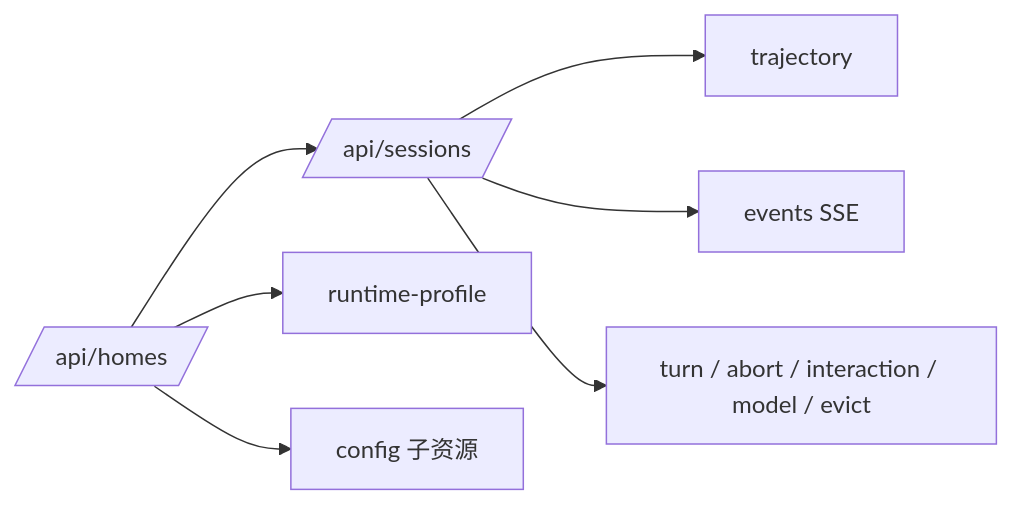
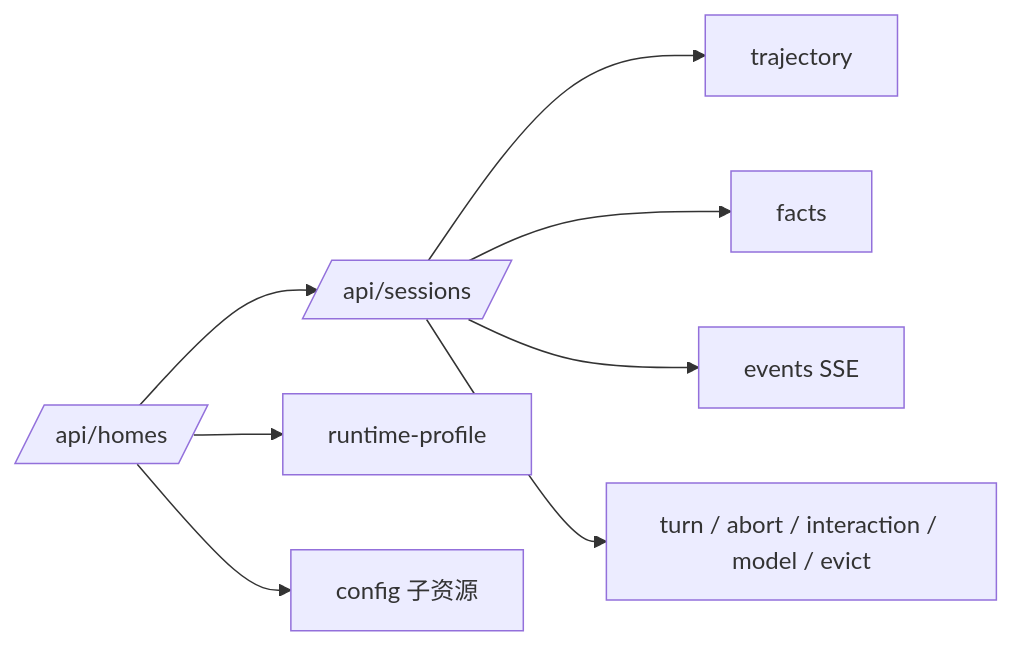
The third of 3 diagrams in docs/design/pi-web/OVERVIEW.md (JhihJian/ursi-flow), drawn with Mermaid before and after one commit. The commit also changed other lines of this file and 5 other files, not shown here.

````diff
--- a/docs/design/pi-web/OVERVIEW.md
+++ b/docs/design/pi-web/OVERVIEW.md
@@ -239,9 +258,10 @@
 ```mermaid
 graph LR
   H[/api/homes/] --> S[/api/sessions/]
   H --> P[runtime-profile]
   H --> C[config 子资源]
   S --> T[trajectory]
+  S --> F[facts]
   S --> E[events SSE]
   S --> A[turn / abort / interaction / model / evict]
 ```
````
